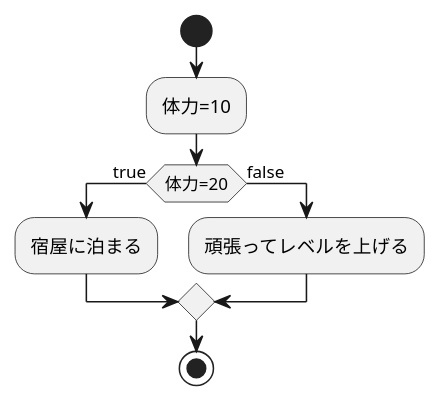
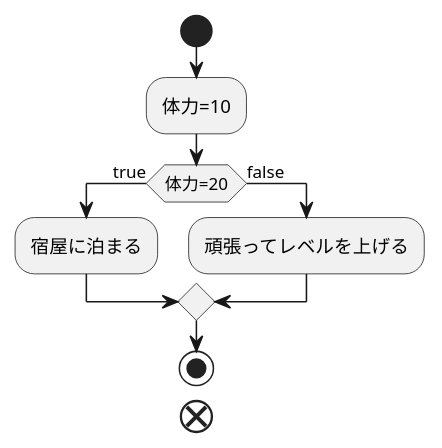
The diagram in denji.md (Aso2001381/2021sys-design), drawn with PlantUML before and after one commit.

````diff
--- a/denji.md
+++ b/denji.md
@@ -1,12 +1,13 @@
 ```uml
 @startuml
 start
 :体力=10;
 if(体力=20) then (true)
 :宿屋に泊まる;
 else (false)
 :頑張ってレベルを上げる;
 endif
 stop
+end
 @enduml
 ```
````
